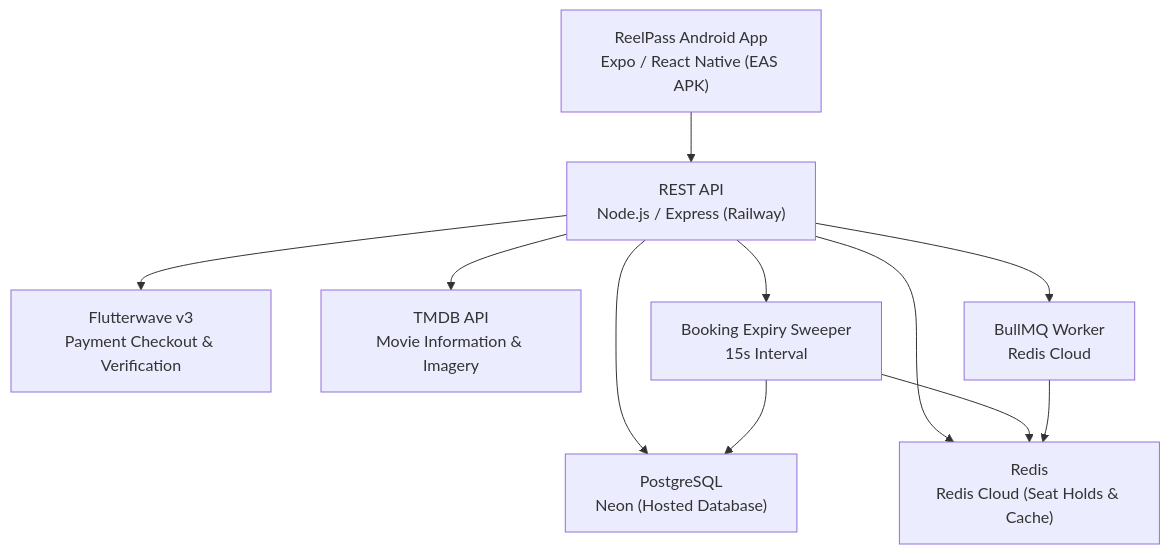
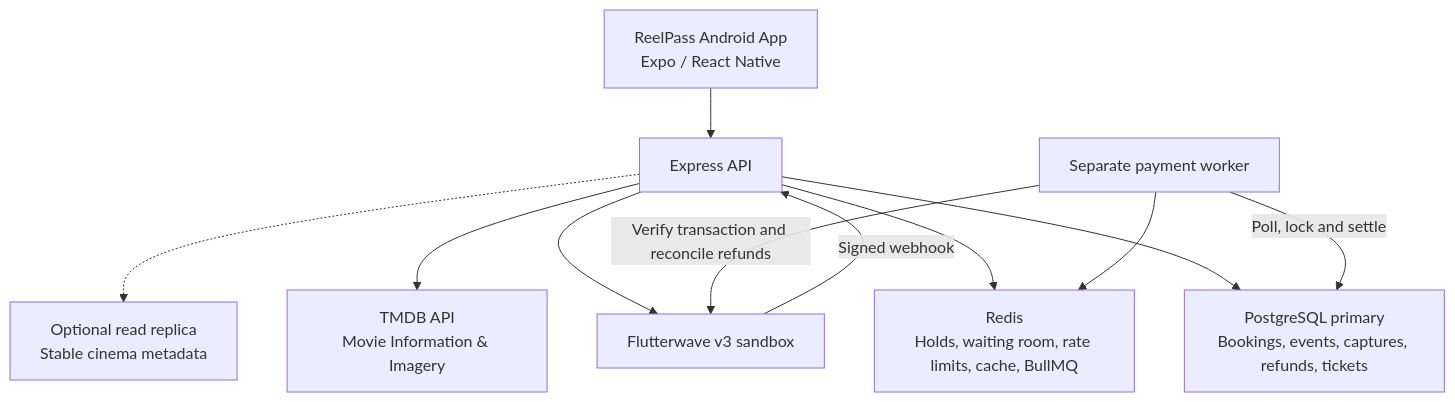
One commit to ScrappyAT/Reelpass changed the first of 2 diagrams in docs/ARCHITECTURE.md. Above: the diagram before and after it, drawn with Mermaid. The commit also changed other lines of this file and 60 other files, not shown here.

Commit message:
Prepare ReelPass graduation release candidate

````diff
--- a/docs/ARCHITECTURE.md
+++ b/docs/ARCHITECTURE.md
@@ -30,16 +32,13 @@
 ```mermaid
 flowchart TD
-    A["ReelPass Android App<br/>Expo / React Native (EAS APK)"] --> B["REST API<br/>Node.js / Express (Railway)"]
-
-    B --> C["PostgreSQL<br/>Neon (Hosted Database)"]
-    B --> D["Redis<br/>Redis Cloud (Seat Holds & Cache)"]
-    B --> E["Flutterwave v3<br/>Payment Checkout & Verification"]
+    A["ReelPass Android App<br/>Expo / React Native"] --> B["Express API"]
+    B --> C["PostgreSQL primary<br/>Bookings, events, captures, refunds, tickets"]
+    B --> D["Redis<br/>Holds, waiting room, rate limits, cache, BullMQ"]
+    B --> E["Flutterwave v3 sandbox"]
+    E -->|Signed webhook| B
     B --> F["TMDB API<br/>Movie Information & Imagery"]
-
-    B --> G["Booking Expiry Sweeper<br/>15s Interval"]
-    G --> C
-    G --> D
-
-    B --> H["BullMQ Worker<br/>Redis Cloud"]
+    B -.-> R["Optional read replica<br/>Stable cinema metadata"]
+    H["Separate payment worker"] -->|Poll, lock and settle| C
     H --> D
+    H -->|Verify transaction and reconcile refunds| E
 ```
````
